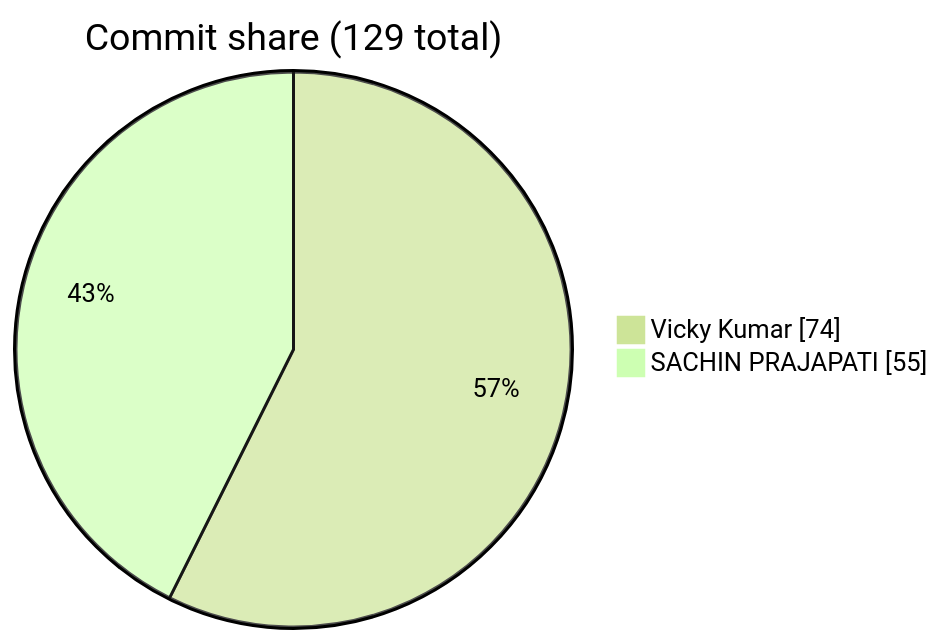
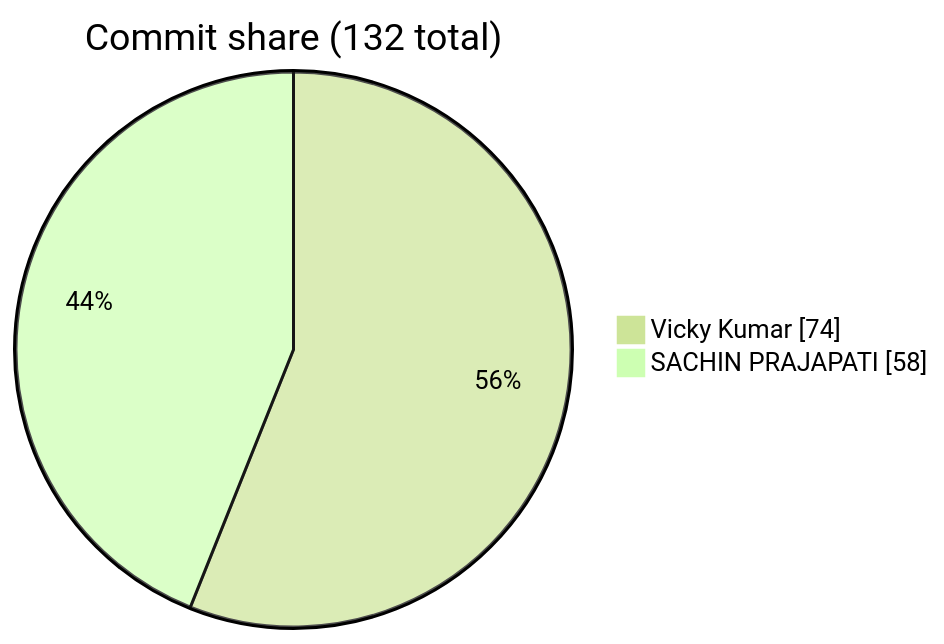
The seventh of 7 diagrams in README.md (FiscalMindset/Clipo), drawn with Mermaid (forest theme) before and after one commit.

Commit message:
docs(readme): auto-update contributor stats and star history

````diff
--- a/README.md
+++ b/README.md
@@ -752,5 +752,5 @@
 ```mermaid
-pie showData title Commit share (129 total)
+pie showData title Commit share (132 total)
     "Vicky Kumar" : 74
-    "SACHIN PRAJAPATI" : 55
+    "SACHIN PRAJAPATI" : 58
 ```
````
